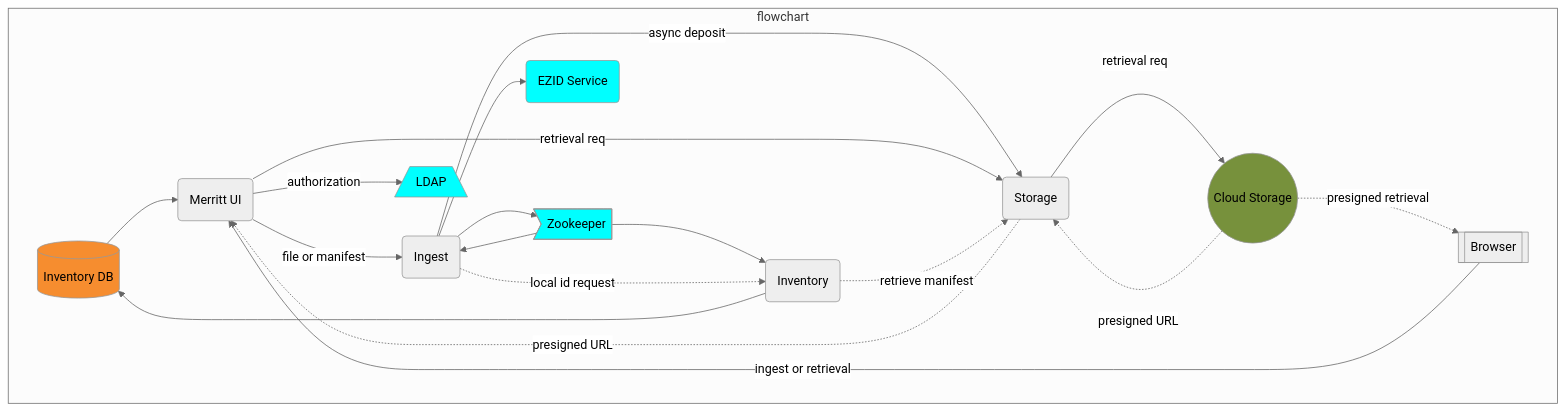
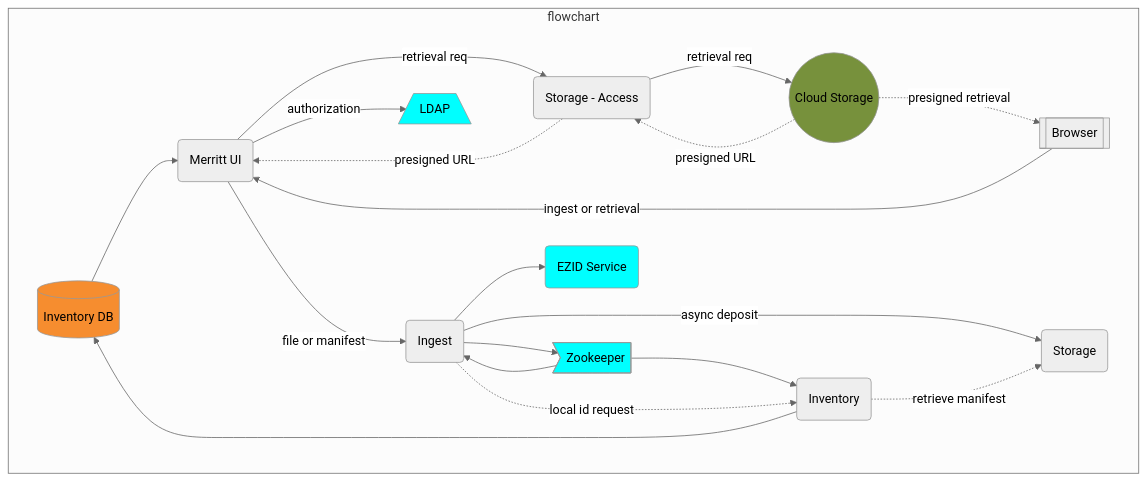
The diagram in diagrams/overview-core.mmd (CDLUC3/mrt-doc), drawn with Mermaid before and after one commit. The commit also changed 5 other files, not shown here.

```diff
--- a/diagrams/overview-core.mmd
+++ b/diagrams/overview-core.mmd
@@ -1,38 +1,39 @@
 %%{init: {'theme': 'neutral'}}%%
 graph TD
   RDS[(Inventory DB)]
   UI("Merritt UI")
   ING(Ingest)
   ST(Storage)
+  STACC(Storage - Access)
   INV(Inventory)
   CLOUD(("Cloud Storage"))
   LDAP[/LDAP\]
   ZOO>Zookeeper]
   EZID(EZID Service)
   BROWSER[[Browser]]
 
   subgraph flowchart
     BROWSER --> |ingest or retrieval| UI
     RDS --> UI
     UI --> |"file or manifest"| ING
     UI --> |authorization| LDAP
     ING --> |"async deposit"| ST
     ING --> ZOO
     ZOO --> ING
     ZOO --> INV
-    UI ---> |retrieval req| ST
+    UI ---> |retrieval req| STACC
     INV --> RDS
-    ST --> |retrieval req| CLOUD
-    CLOUD -.-> |presigned URL| ST
-    ST -.-> |presigned URL| UI
+    STACC --> |retrieval req| CLOUD
+    CLOUD -.-> |presigned URL| STACC
+    STACC -.-> |presigned URL| UI
     ING --> EZID
     CLOUD -.-> |presigned retrieval| BROWSER
     ING -.-> |local id request| INV
     INV -.-> |retrieve manifest| ST
   end
 
   style CLOUD fill:#77913C
   style RDS fill:#F68D2F
   style LDAP fill:cyan
   style ZOO fill:cyan
   style EZID fill:cyan
```
